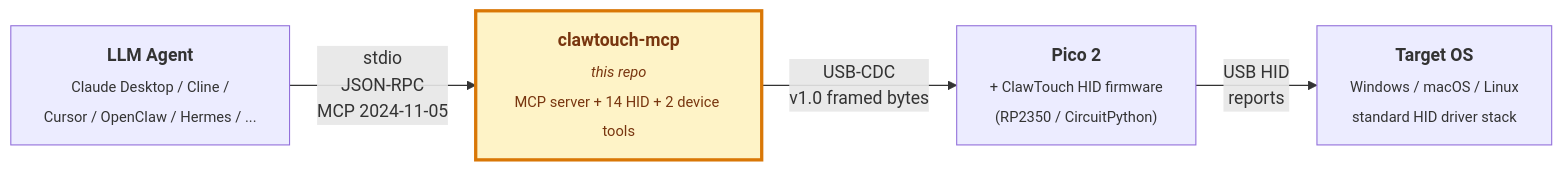
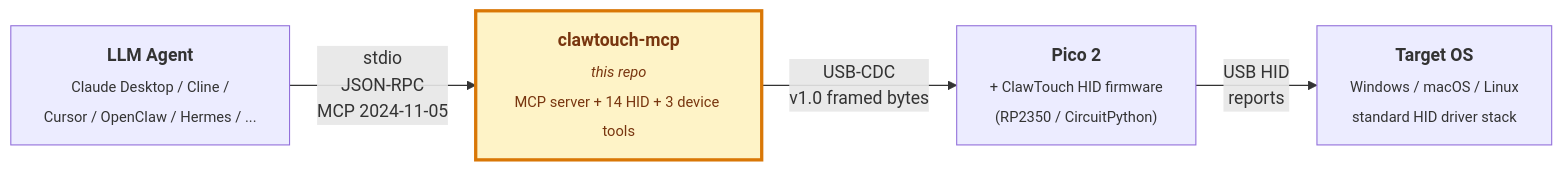
One commit to tinqiao-oss/clawtouch-mcp changed the diagram in README.md. Above: the diagram before and after it, drawn with Mermaid. The commit also changed other lines of this file and 26 other files, not shown here.

````diff
--- a/README.md
+++ b/README.md
@@ -482,9 +485,9 @@
 ```mermaid
 flowchart LR
     A["<b>LLM Agent</b><br/><sub>Claude Desktop / Cline /<br/>Cursor / OpenClaw / Hermes / ...</sub>"]
-        -->|"stdio<br/>JSON-RPC<br/>MCP 2024-11-05"| B["<b>clawtouch-mcp</b><br/><sub><i>this repo</i><br/>MCP server + 14 HID + 2 device tools</sub>"]
+        -->|"stdio<br/>JSON-RPC<br/>MCP 2024-11-05"| B["<b>clawtouch-mcp</b><br/><sub><i>this repo</i><br/>MCP server + 14 HID + 3 device tools</sub>"]
     B -->|"USB-CDC<br/>v1.0 framed bytes"| C["<b>Pico 2</b><br/><sub>+ ClawTouch HID firmware<br/>(RP2350 / CircuitPython)</sub>"]
     C -->|"USB HID<br/>reports"| D["<b>Target OS</b><br/><sub>Windows / macOS / Linux<br/>standard HID driver stack</sub>"]
     classDef this fill:#fef3c7,stroke:#d97706,stroke-width:3px,color:#78350f;
     class B this;
 ```
````
